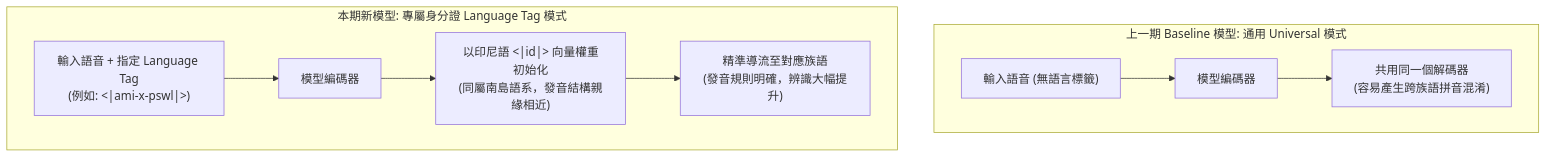
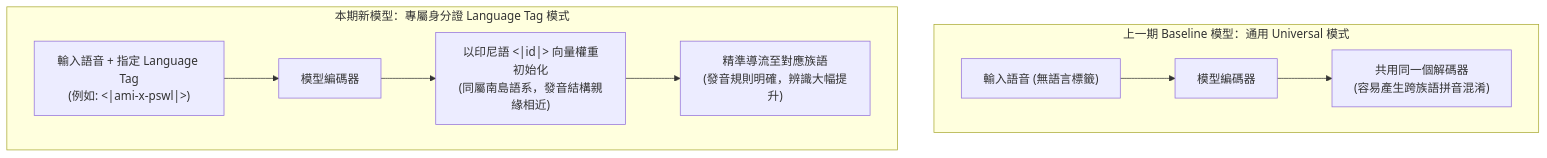
The fourth of 6 diagrams in reports/2026-09-08/asr_simplified_report.md (Voxmosa/Formosan-AI-Reports), drawn with Mermaid before and after one commit. The commit also changed other lines of this file and 1 other file, not shown here.

Commit message:
fix(reports): quote Mermaid subgraph titles with parentheses to prevent rendering errors

````diff
--- a/reports/2026-09-08/asr_simplified_report.md
+++ b/reports/2026-09-08/asr_simplified_report.md
@@ -101,9 +101,9 @@
 ```mermaid
 flowchart TD
-    subgraph OldModel [上一期 Baseline 模型: 通用 Universal 模式]
+    subgraph OldModel ["上一期 Baseline 模型：通用 Universal 模式"]
         In1["輸入語音 (無語言標籤)"] --> Enc1["模型編碼器"] --> Dec1["共用同一個解碼器<br/>(容易產生跨族語拼音混淆)"]
     end
-    subgraph NewModel [本期新模型: 專屬身分證 Language Tag 模式]
+    subgraph NewModel ["本期新模型：專屬身分證 Language Tag 模式"]
         In2["輸入語音 + 指定 Language Tag<br/>(例如: &lt;|ami-x-pswl|&gt;)"] --> Enc2["模型編碼器"] --> Init["以印尼語 &lt;|id|&gt; 向量權重初始化<br/>(同屬南島語系，發音結構親緣相近)"] --> Dec2["精準導流至對應族語<br/>(發音規則明確，辨識大幅提升)"]
     end
 ```
````
